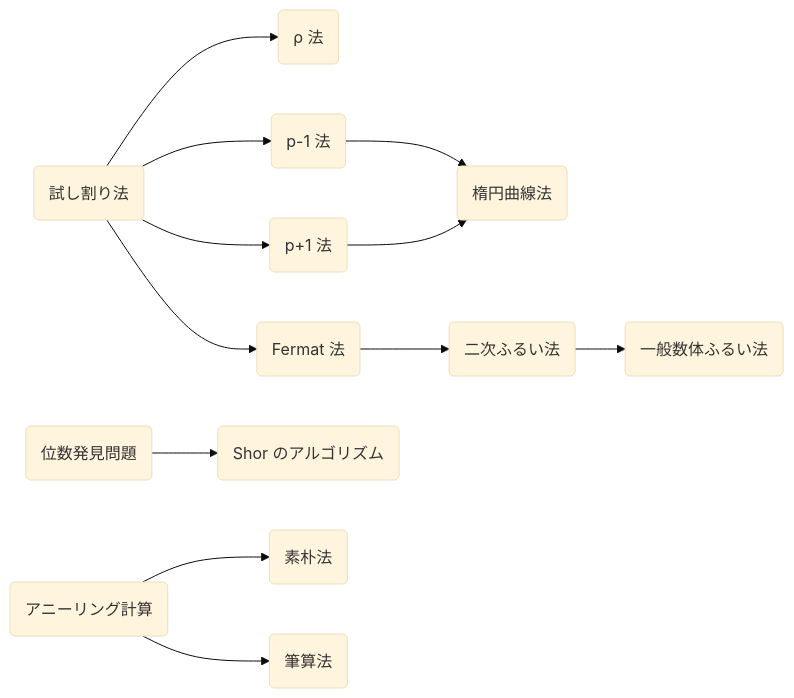
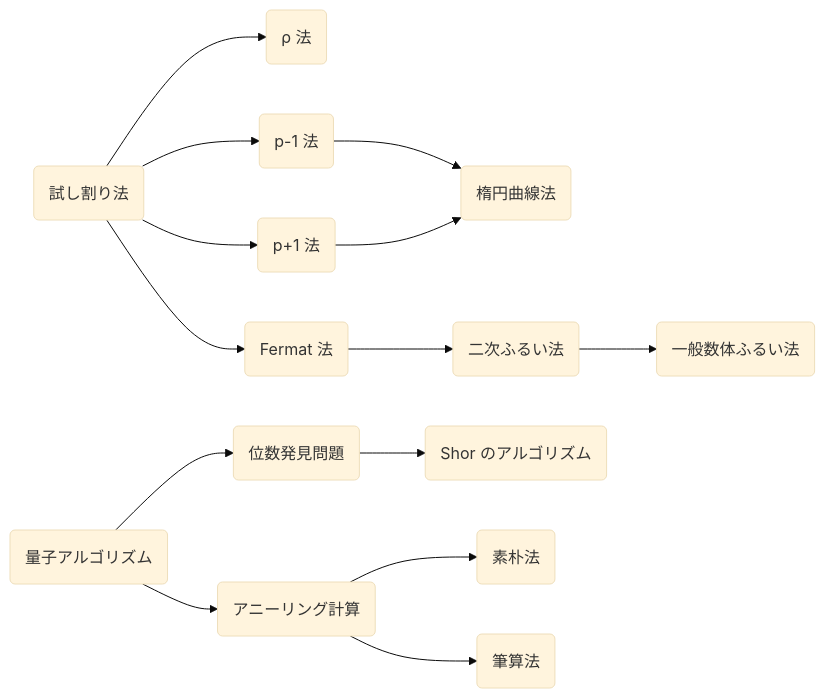
One commit to anko9801/zenn-docs changed the diagram in books/abac2c241c8563/rsa.md. Above: the diagram before and after it, drawn with Mermaid (base theme). The commit also changed other lines of this file, not shown here.

````diff
--- a/books/abac2c241c8563/rsa.md
+++ b/books/abac2c241c8563/rsa.md
@@ -174,13 +180,13 @@
 ```mermaid
 flowchart LR
     id0(試し割り法) --> id1(ρ 法)
     id0 --> id20(p-1 法)
     id0 --> id21(p+1 法)
     id0 --> id3(Fermat 法)
     id20 --> id4(楕円曲線法)
     id21 --> id4(楕円曲線法)
     id3 --> id5(二次ふるい法) --> id6(一般数体ふるい法)
-    id7(位数発見問題) --> id8(Shor のアルゴリズム)
-    id9(アニーリング計算) --> id10(素朴法)
+    id12(量子アルゴリズム) --> id7(位数発見問題) --> id8(Shor のアルゴリズム)
+    id12 --> id9(アニーリング計算) --> id10(素朴法)
     id9 --> id11(筆算法)
 ```
````
